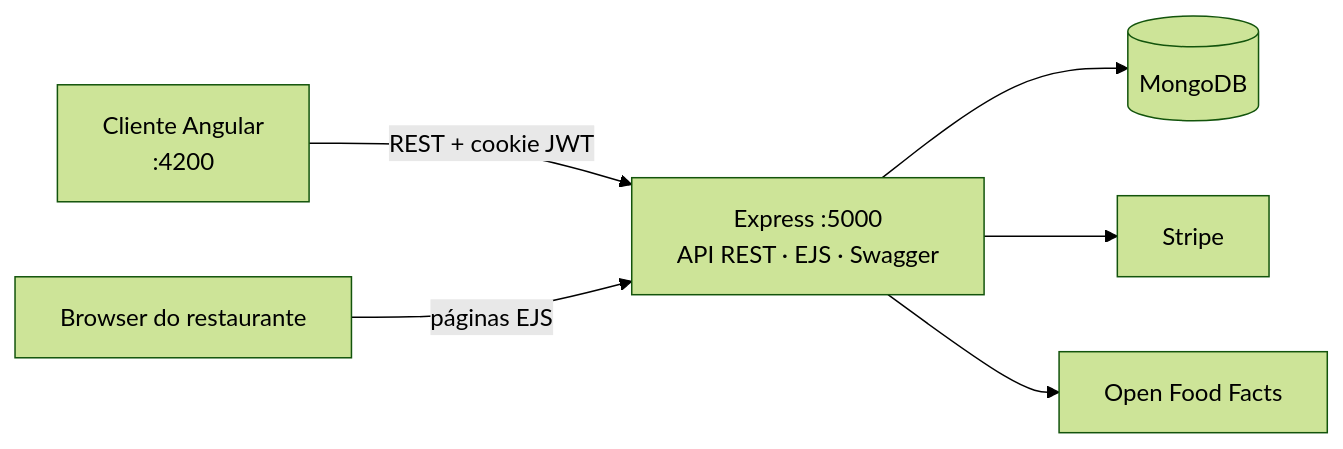
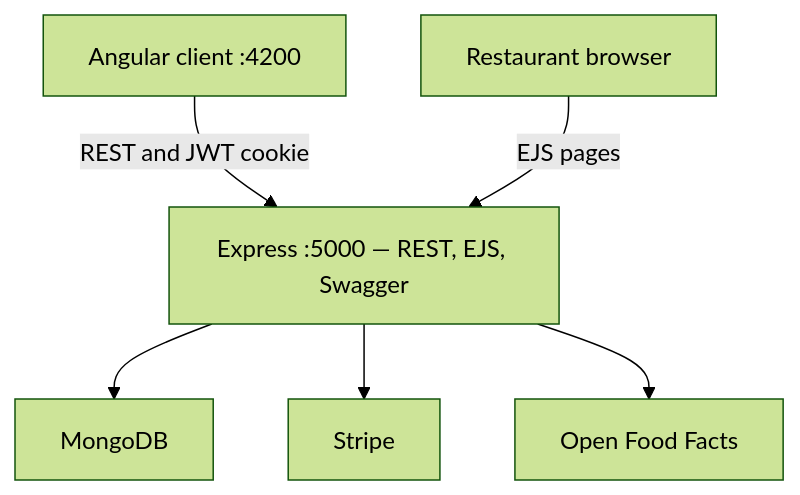
One commit to fmpoliveira05-jpg/snackify changed the diagram in README.md. Above: the diagram before and after it, drawn with Mermaid (forest theme). The commit also changed other lines of this file and 1 other file, not shown here.

````diff
--- a/README.md
+++ b/README.md
@@ -53,8 +51,8 @@
 ```mermaid
-flowchart LR
-    C[Cliente Angular<br/>:4200] -- REST + cookie JWT --> A
-    R[Browser do restaurante] -- páginas EJS --> A
-    A[Express :5000<br/>API REST · EJS · Swagger] --> M[(MongoDB)]
-    A --> S[Stripe]
-    A --> O[Open Food Facts]
+flowchart TD
+    C["Angular client :4200"] -->|REST and JWT cookie| A
+    R["Restaurant browser"] -->|EJS pages| A
+    A["Express :5000 — REST, EJS, Swagger"] --> M["MongoDB"]
+    A --> S["Stripe"]
+    A --> O["Open Food Facts"]
 ```
````
